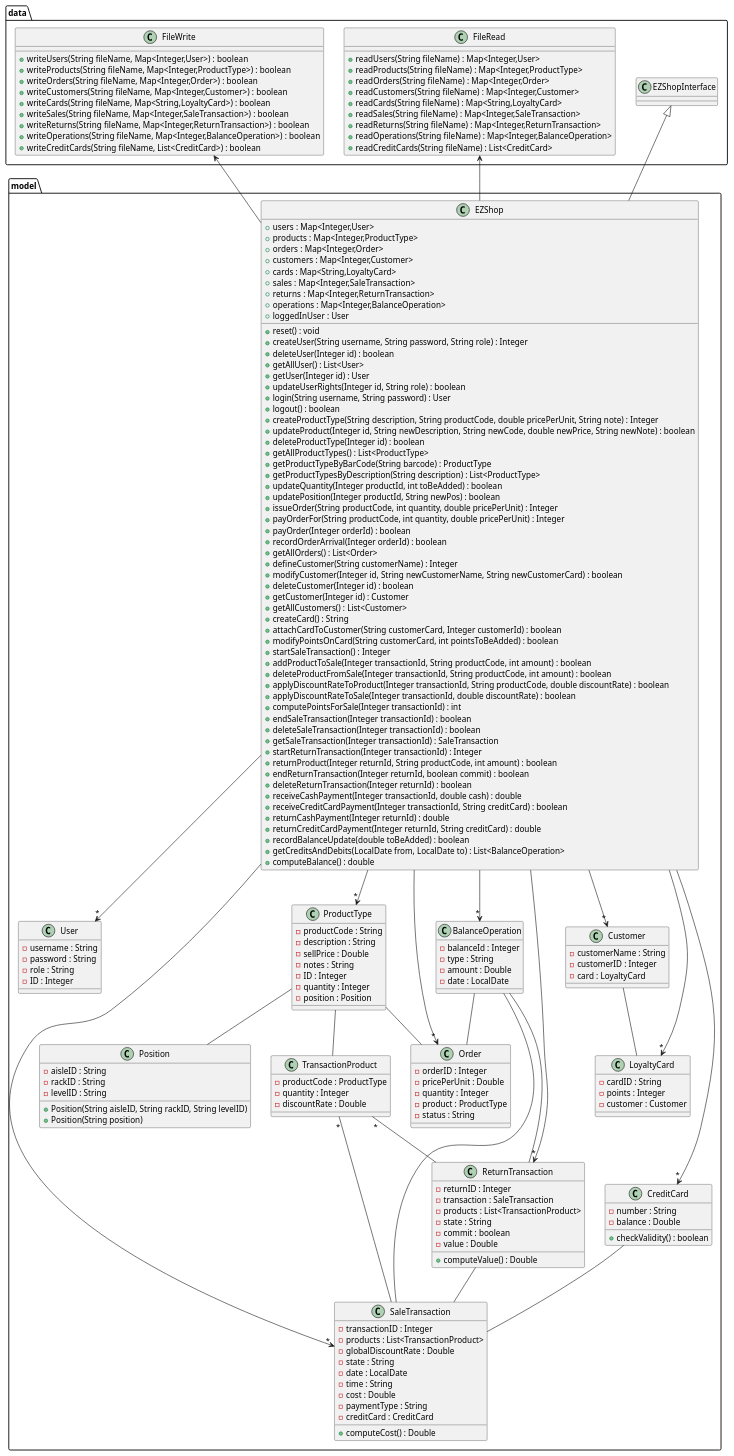
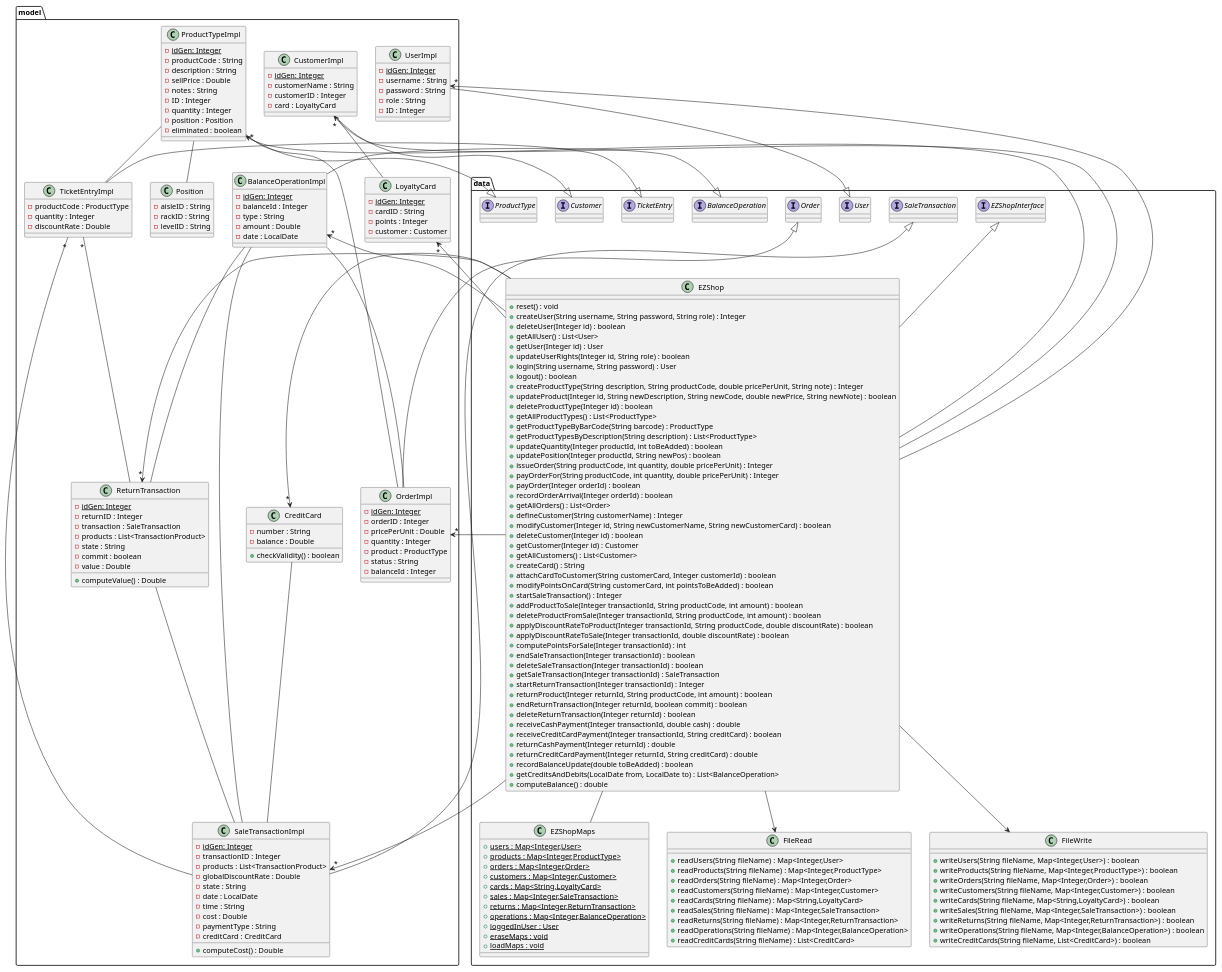
Before and after one commit to giuseppesalvi/ezshop: the second of 28 diagrams in Deliverables/DesignDocument.md, drawn with PlantUML. The commit also changed other lines of this file, not shown here.

Commit message:
Update DesignDocument.md with changes forced by the addition of interfaces in different classes

````diff
--- a/Deliverables/DesignDocument.md
+++ b/Deliverables/DesignDocument.md
@@ -50,44 +50,110 @@
 ```plantuml
 @startuml
-top to bottom direction
+scale 0.9
+package model {
+
+    Class UserImpl{
+        -{static} idGen: Integer
+        -username : String
+        -password : String
+        -role : String
+        -ID : Integer
+    }
+
+
+    class ProductTypeImpl{
+        -{static} idGen: Integer
+        -productCode : String
+        -description : String
+        -sellPrice : Double
+        -notes : String
+        -ID : Integer
+        -quantity : Integer
+        -position : Position
+        -eliminated : boolean
+    }
+
+    class OrderImpl{
+        -{static} idGen: Integer
+        -orderID : Integer
+        -pricePerUnit : Double
+        -quantity : Integer
+        -product : ProductType
+        -status : String
+        -balanceId : Integer
+    }
+
+    class CustomerImpl{
+        -{static} idGen: Integer
+        -customerName : String
+        -customerID : Integer
+        -card : LoyaltyCard
+    }
+
+    class LoyaltyCard{
+        -{static} idGen: Integer
+        -cardID : String
+        -points : Integer
+        -customer : Customer
+    }
+
+    class SaleTransactionImpl {
+        -{static} idGen: Integer
+        -transactionID : Integer
+        -products : List<TransactionProduct>
+        -globalDiscountRate : Double
+        -state : String
+        -date : LocalDate
+        -time : String
+        -cost : Double
+        -paymentType : String
+        -creditCard : CreditCard
+        +computeCost() : Double
+    }
+
+    class TicketEntryImpl{
+        -productCode : ProductType
+        -quantity : Integer
+        -discountRate : Double
+    }
+
+    class ReturnTransaction{
+        -{static} idGen: Integer
+        -returnID : Integer
+        -transaction : SaleTransaction
+        -products : List<TransactionProduct>
+        -state : String
+        -commit : boolean
+        -value : Double
+        +computeValue() : Double
+    }
+
+    class BalanceOperationImpl{
+        -{static} idGen: Integer
+        -balanceId : Integer
+        -type : String
+        -amount : Double
+        -date : LocalDate
+    }
+
+    class CreditCard{
+        -number : String
+        -balance : Double
+        +checkValidity() : boolean
+    }
+
+    class Position{
+        -aisleID : String
+        -rackID : String
+        -levelID : String
+    }
+
+
+}
 
 package data {
-    Class EZShopInterface{}
-    Class FileRead{
-        +readUsers(String fileName) : Map<Integer,User>
-        +readProducts(String fileName) : Map<Integer,ProductType>
-        +readOrders(String fileName) : Map<Integer,Order>
-        +readCustomers(String fileName) : Map<Integer,Customer>
-        +readCards(String fileName) : Map<String,LoyaltyCard>
-        +readSales(String fileName) : Map<Integer,SaleTransaction>
-        +readReturns(String fileName) : Map<Integer,ReturnTransaction>
-        +readOperations(String fileName) : Map<Integer,BalanceOperation>
-        +readCreditCards(String fileName) : List<CreditCard>
-        
-    }
-    Class FileWrite{
-        +writeUsers(String fileName, Map<Integer,User>) : boolean
-        +writeProducts(String fileName, Map<Integer,ProductType>) : boolean
-        +writeOrders(String fileName, Map<Integer,Order>) : boolean
-        +writeCustomers(String fileName, Map<Integer,Customer>) : boolean
-        +writeCards(String fileName, Map<String,LoyaltyCard>) : boolean
-        +writeSales(String fileName, Map<Integer,SaleTransaction>) : boolean
-        +writeReturns(String fileName, Map<Integer,ReturnTransaction>) : boolean
-        +writeOperations(String fileName, Map<Integer,BalanceOperation>) : boolean
-        +writeCreditCards(String fileName, List<CreditCard>) : boolean
-    }
-}
-package model {
-Class EZShop{
-    +users : Map<Integer,User>
-    +products : Map<Integer,ProductType>
-    +orders : Map<Integer,Order>
-    +customers : Map<Integer,Customer>
-    +cards : Map<String,LoyaltyCard>
-    +sales : Map<Integer,SaleTransaction>
-    +returns : Map<Integer,ReturnTransaction>
-    +operations : Map<Integer,BalanceOperation>
-    +loggedInUser : User
+
+    Class EZShop{
     
     +reset() : void
     +createUser(String username, String password, String role) : Integer
@@ -138,119 +204,90 @@
     +recordBalanceUpdate(double toBeAdded) : boolean
     +getCreditsAndDebits(LocalDate from, LocalDate to) : List<BalanceOperation>
     +computeBalance() : double
+    }
+
+    Class EZShopMaps {
+        + {static} users : Map<Integer,User>
+        + {static} products : Map<Integer,ProductType>
+        + {static} orders : Map<Integer,Order>
+        + {static} customers : Map<Integer,Customer>
+        + {static} cards : Map<String,LoyaltyCard>
+        + {static} sales : Map<Integer,SaleTransaction>
+        + {static} returns : Map<Integer,ReturnTransaction>
+        + {static} operations : Map<Integer,BalanceOperation>
+        + {static} loggedInUser : User
+        + {static} eraseMaps : void
+        + {static} loadMaps : void
+    }
+
+    Class FileRead{
+        +readUsers(String fileName) : Map<Integer,User>
+        +readProducts(String fileName) : Map<Integer,ProductType>
+        +readOrders(String fileName) : Map<Integer,Order>
+        +readCustomers(String fileName) : Map<Integer,Customer>
+        +readCards(String fileName) : Map<String,LoyaltyCard>
+        +readSales(String fileName) : Map<Integer,SaleTransaction>
+        +readReturns(String fileName) : Map<Integer,ReturnTransaction>
+        +readOperations(String fileName) : Map<Integer,BalanceOperation>
+        +readCreditCards(String fileName) : List<CreditCard>
+        
+    }
+
+    Class FileWrite{
+        +writeUsers(String fileName, Map<Integer,User>) : boolean
+        +writeProducts(String fileName, Map<Integer,ProductType>) : boolean
+        +writeOrders(String fileName, Map<Integer,Order>) : boolean
+        +writeCustomers(String fileName, Map<Integer,Customer>) : boolean
+        +writeCards(String fileName, Map<String,LoyaltyCard>) : boolean
+        +writeSales(String fileName, Map<Integer,SaleTransaction>) : boolean
+        +writeReturns(String fileName, Map<Integer,ReturnTransaction>) : boolean
+        +writeOperations(String fileName, Map<Integer,BalanceOperation>) : boolean
+        +writeCreditCards(String fileName, List<CreditCard>) : boolean
+    }
+
+    interface EZShopInterface{}
+    interface User{}
+    interface SaleTransaction{}
+    interface Customer{}
+    interface Order{}
+    interface TicketEntry{}
+    interface BalanceOperation{}
+    interface ProductType{}
 }
 
-Class User {
-    -username : String
-    -password : String
-    -role : String
-    -ID : Integer
-}
+CustomerImpl -- LoyaltyCard
+TicketEntryImpl "*" -- SaleTransactionImpl
+TicketEntryImpl "*" -- ReturnTransaction
+ReturnTransaction -- SaleTransactionImpl
+BalanceOperationImpl -- OrderImpl
+BalanceOperationImpl -- ReturnTransaction
+BalanceOperationImpl -- SaleTransactionImpl
+CreditCard -- SaleTransactionImpl
+ProductTypeImpl -- OrderImpl
+ProductTypeImpl -- TicketEntryImpl
+ProductTypeImpl -- Position
+EZShop --> FileRead 
+EZShop --> FileWrite
 
+ProductTypeImpl -up-|> ProductType
+CustomerImpl -up-|> Customer
+TicketEntryImpl -up-|> TicketEntry
+BalanceOperationImpl -up-|> BalanceOperation
+SaleTransactionImpl -up-|> SaleTransaction
+UserImpl -up-|> User
+OrderImpl -up-|> Order
+EZShop -up-|> EZShopInterface
 
-class ProductType{
-    -productCode : String
-    -description : String
-    -sellPrice : Double
-    -notes : String
-    -ID : Integer
-    -quantity : Integer
-    -position : Position
-}
+EZShop -up-> "*" UserImpl
+EZShop -up-> "*" ProductTypeImpl
+EZShop -up-> "*" OrderImpl
+EZShop -up-> "*" CustomerImpl
+EZShop -up-> "*" LoyaltyCard
+EZShop -up-> "*" BalanceOperationImpl
+EZShop -up-> "*" CreditCard
+EZShop -up-> "*" SaleTransactionImpl
+EZShop -up-> "*" ReturnTransaction
+EZShop -- EZShopMaps
 
-class Position{
-    -aisleID : String
-    -rackID : String
-    -levelID : String
-    +Position(String aisleID, String rackID, String levelID)
-    +Position(String position)
-}
-class Order {
-    -orderID : Integer
-    -pricePerUnit : Double
-    -quantity : Integer
-    -product : ProductType
-    -status : String
-}
-
-class Customer{
-    -customerName : String
-    -customerID : Integer
-    -card : LoyaltyCard
-}
-
-class LoyaltyCard{
-    -cardID : String
-    -points : Integer
-    -customer : Customer
-}
-
-class SaleTransaction {
-    -transactionID : Integer
-    -products : List<TransactionProduct>
-    -globalDiscountRate : Double
-    -state : String
-    -date : LocalDate
-    -time : String
-    -cost : Double
-    -paymentType : String
-    -creditCard : CreditCard
-    +computeCost() : Double
-}
-
-class TransactionProduct{
-    -productCode : ProductType
-    -quantity : Integer
-    -discountRate : Double
-}
-
-class ReturnTransaction{
-    -returnID : Integer
-    -transaction : SaleTransaction
-    -products : List<TransactionProduct>
-    -state : String
-    -commit : boolean
-    -value : Double
-    +computeValue() : Double
-}
-
-class BalanceOperation{
-    -balanceId : Integer
-    -type : String
-    -amount : Double
-    -date : LocalDate
-}
-
-class CreditCard{
-    -number : String
-    -balance : Double
-    +checkValidity() : boolean
-}
-
-EZShop --> "*" User
-EZShop --> "*" ProductType
-EZShop --> "*" Order
-EZShop --> "*" Customer
-EZShop --> "*" LoyaltyCard
-EZShop --> "*" BalanceOperation
-EZShop --> "*" CreditCard
-EZShop --> "*" SaleTransaction
-EZShop --> "*" ReturnTransaction
-
-ProductType -- Order
-ProductType -- TransactionProduct
-ProductType -- Position
-Customer -- LoyaltyCard
-TransactionProduct "*" -- SaleTransaction
-TransactionProduct "*" -- ReturnTransaction
-ReturnTransaction -- SaleTransaction
-BalanceOperation -- Order
-BalanceOperation -- ReturnTransaction
-BalanceOperation -- SaleTransaction
-CreditCard -- SaleTransaction
-EZShopInterface <|-- EZShop
-FileRead <-- EZShop
-FileWrite <-- EZShop
-}
 @enduml
 ```
````
